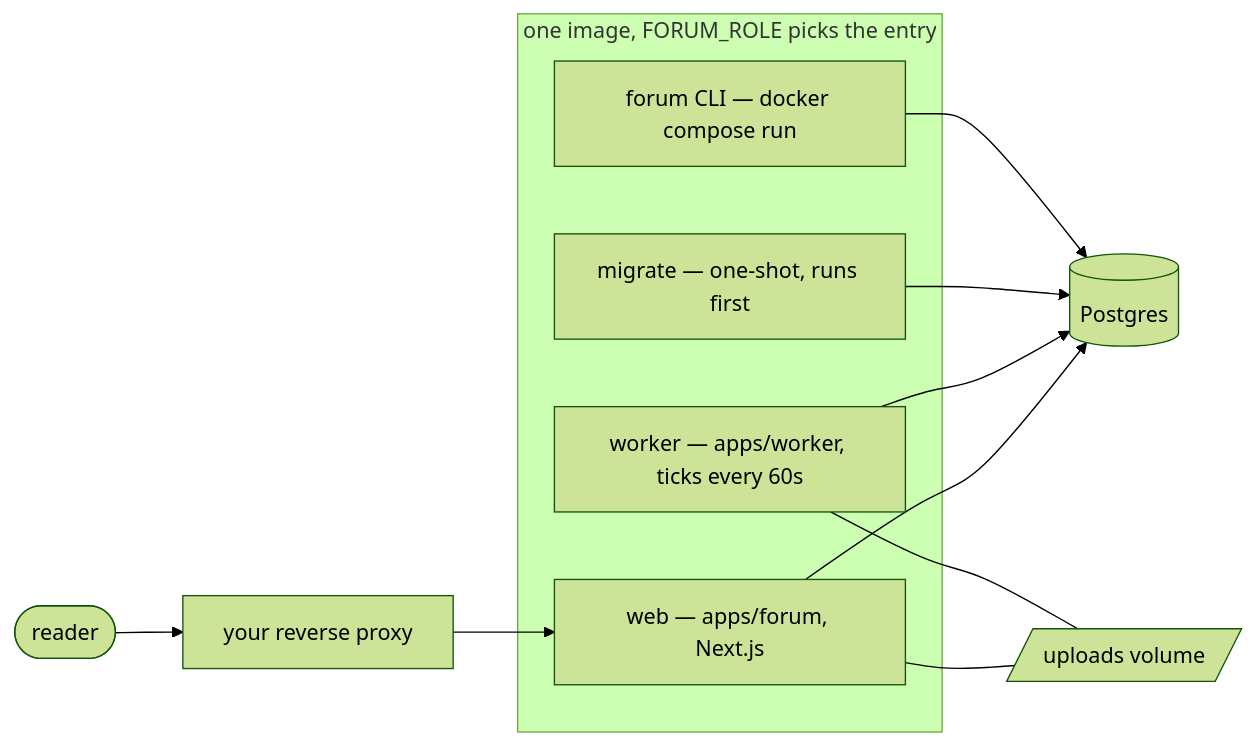
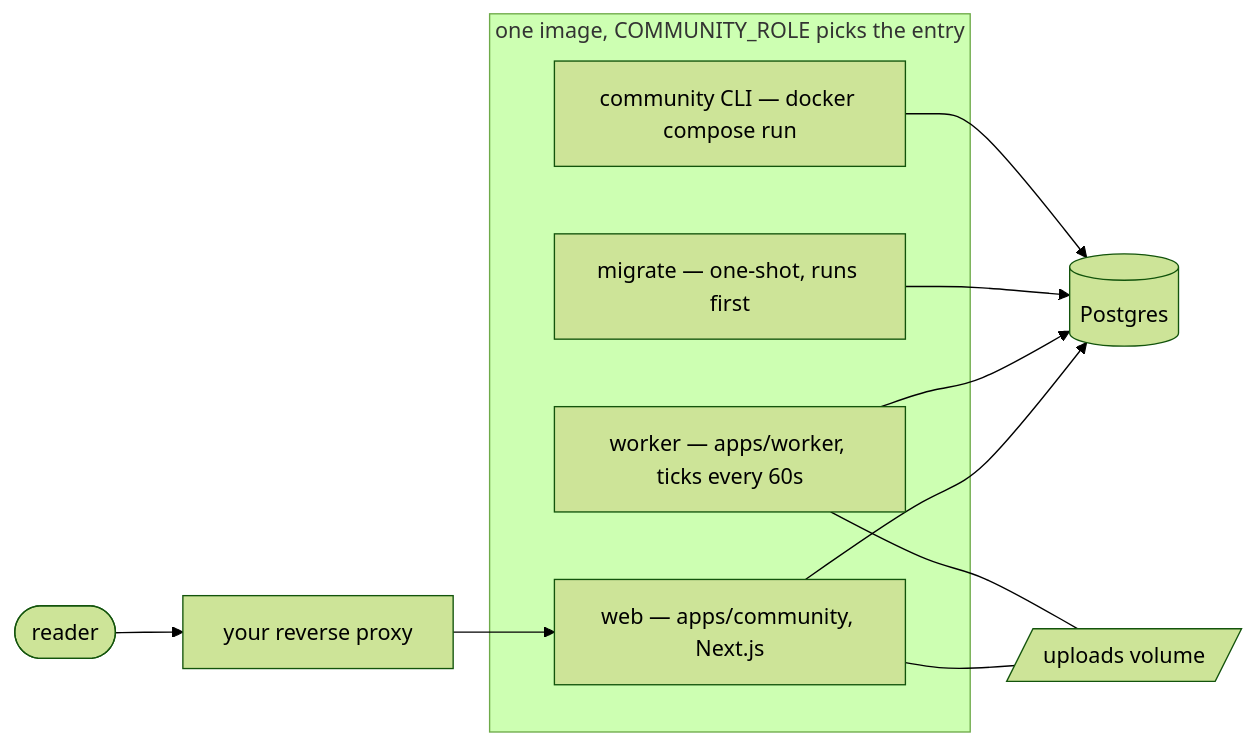
The first of 4 diagrams in docs/architecture.md (meith-dev/meith), drawn with Mermaid (forest theme) before and after one commit. The commit also changed other lines of this file and 1084 other files, not shown here.

First line of the commit message:
Rename the forum entity to community throughout

````diff
--- a/docs/architecture.md
+++ b/docs/architecture.md
@@ -26,17 +26,17 @@
 ```mermaid
 flowchart LR
     reader([reader]) --> proxy["your reverse proxy"]
     proxy --> web
-    subgraph image ["one image, FORUM_ROLE picks the entry"]
+    subgraph image ["one image, COMMUNITY_ROLE picks the entry"]
         migrate["migrate — one-shot, runs first"]
-        web["web — apps/forum, Next.js"]
+        web["web — apps/community, Next.js"]
         worker["worker — apps/worker, ticks every 60s"]
-        cli["forum CLI — docker compose run"]
+        cli["community CLI — docker compose run"]
     end
     web --> pg[("Postgres")]
     worker --> pg
     migrate --> pg
     cli --> pg
     web --- uploads[/"uploads volume"/]
     worker --- uploads
 ```
````
